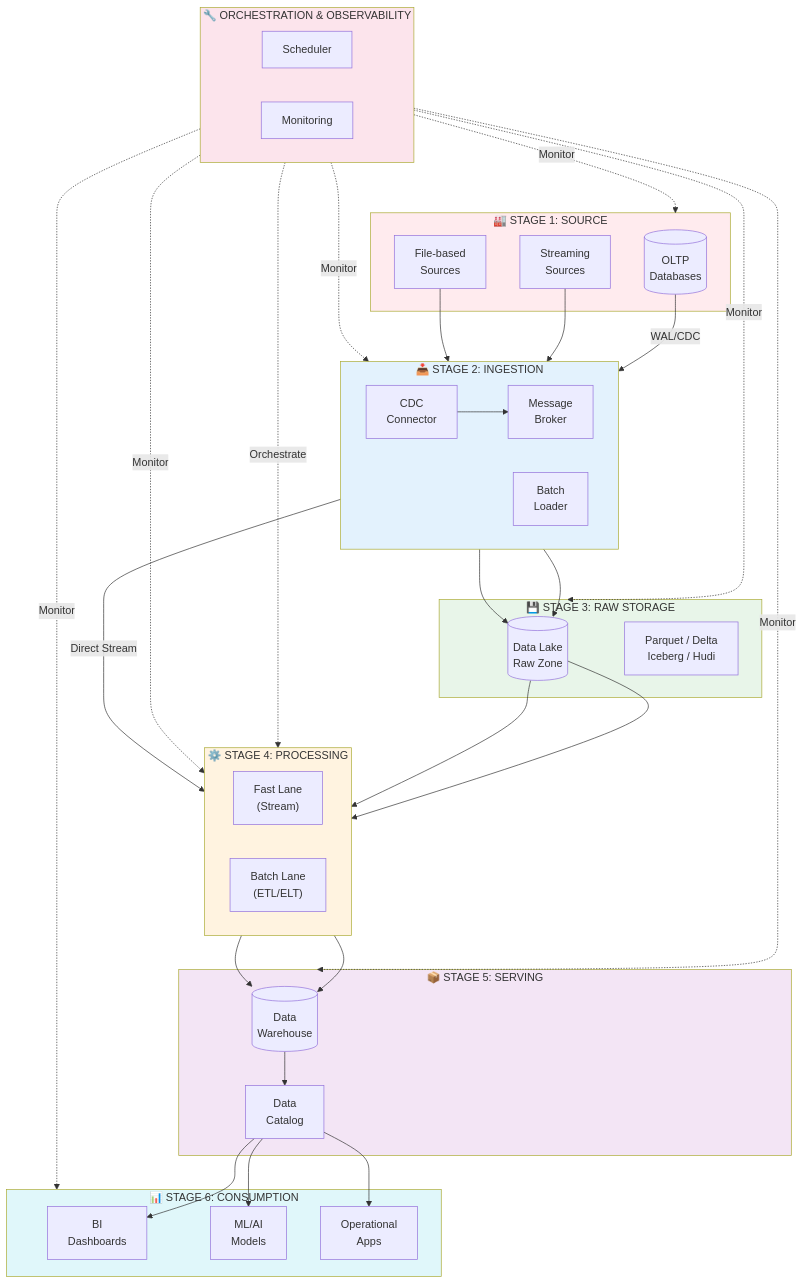
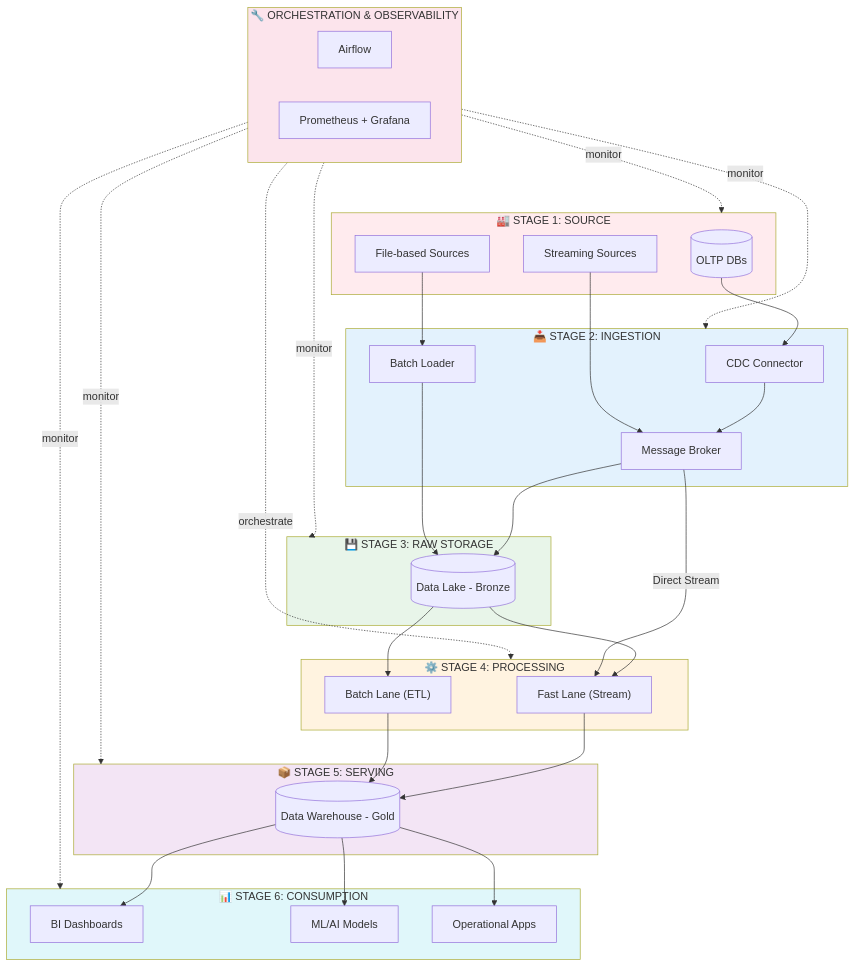
Before and after one commit to Anodis108/Data-Engineer: the first of 8 diagrams in homework3/DATA_LIFECYCLE.md, drawn with Mermaid. The commit also changed other lines of this file, not shown here.

````diff
--- a/homework3/DATA_LIFECYCLE.md
+++ b/homework3/DATA_LIFECYCLE.md
@@ -2608,71 +60,59 @@
 ```mermaid
 flowchart TB
     subgraph S1["🏭 STAGE 1: SOURCE"]
-        OLTP[(OLTP<br/>Databases)]
-        STREAM[Streaming<br/>Sources]
-        FILES[File-based<br/>Sources]
+        OLTP[(OLTP DBs)]
+        STREAM[Streaming Sources]
+        FILES[File-based Sources]
     end
 
     subgraph S2["📥 STAGE 2: INGESTION"]
-        direction LR
-        CDC[CDC<br/>Connector]
-        MQ[Message<br/>Broker]
-        BATCH_LOAD[Batch<br/>Loader]
+        CDC[CDC Connector]
+        MQ[Message Broker]
+        BATCH_LOAD[Batch Loader]
     end
 
     subgraph S3["💾 STAGE 3: RAW STORAGE"]
-        LAKE[(Data Lake<br/>Raw Zone)]
-        FORMAT["Parquet / Delta<br/>Iceberg / Hudi"]
+        LAKE[(Data Lake - Bronze)]
     end
 
     subgraph S4["⚙️ STAGE 4: PROCESSING"]
-        direction LR
-        FAST["Fast Lane<br/>(Stream)"]
-        SLOW["Batch Lane<br/>(ETL/ELT)"]
+        FAST["Fast Lane (Stream)"]
+        SLOW["Batch Lane (ETL)"]
     end
 
     subgraph S5["📦 STAGE 5: SERVING"]
-        DW[(Data<br/>Warehouse)]
-        CATALOG[Data<br/>Catalog]
+        DW[(Data Warehouse - Gold)]
     end
 
     subgraph S6["📊 STAGE 6: CONSUMPTION"]
-        BI[BI<br/>Dashboards]
-        ML[ML/AI<br/>Models]
-        APPS[Operational<br/>Apps]
+        BI[BI Dashboards]
+        ML[ML/AI Models]
+        APPS[Operational Apps]
     end
 
     subgraph OPS["🔧 ORCHESTRATION & OBSERVABILITY"]
-        ORCH[Scheduler]
-        MON[Monitoring]
+        ORCH[Airflow]
+        MON[Prometheus + Grafana]
     end
 
-    OLTP -->|WAL/CDC| CDC
+    OLTP --> CDC --> MQ --> LAKE
     STREAM --> MQ
-    FILES --> BATCH_LOAD
+    FILES --> BATCH_LOAD --> LAKE
     
-    CDC --> MQ
-    MQ --> LAKE
-    BATCH_LOAD --> LAKE
-    
-    LAKE --> FAST
-    LAKE --> SLOW
+    LAKE --> FAST --> DW
+    LAKE --> SLOW --> DW
     MQ -->|Direct Stream| FAST
     
-    FAST --> DW
-    SLOW --> DW
+    DW --> BI & ML & APPS
     
-    DW --> CATALOG
-    CATALOG --> BI & ML & APPS
-    
-    OPS -.->|Orchestrate| S4
-    OPS -.->|Monitor| S1 & S2 & S3 & S4 & S5 & S6
+    OPS -.->|orchestrate| S4
+    OPS -.->|monitor| S1 & S2 & S3 & S5 & S6
     
     style S1 fill:#ffebee
     style S2 fill:#e3f2fd
     style S3 fill:#e8f5e9
     style S4 fill:#fff3e0
     style S5 fill:#f3e5f5
     style S6 fill:#e0f7fa
     style OPS fill:#fce4ec
 ```
````
